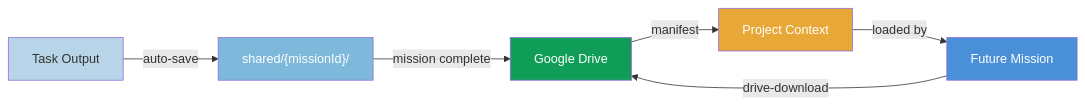
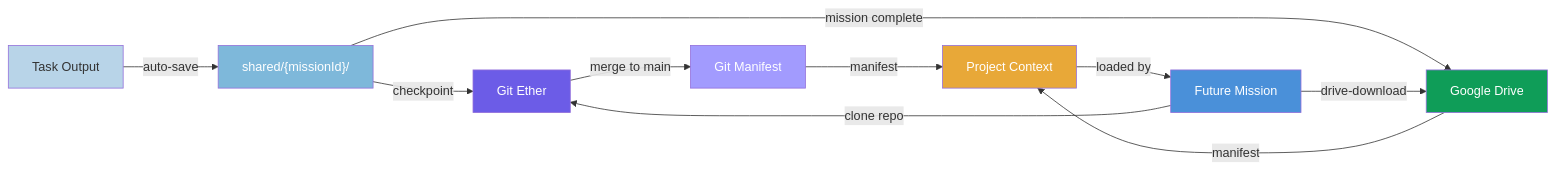
Before and after one commit to Tachin-ai-Corporation/architect-prime-gcp-agent: the fourth of 4 diagrams in docs/CULTURE_OF_WORK.md, drawn with Mermaid. The commit also changed other lines of this file and 53 other files, not shown here.

````diff
--- a/docs/CULTURE_OF_WORK.md
+++ b/docs/CULTURE_OF_WORK.md
@@ -261,14 +262,20 @@
 ```mermaid
 graph LR
     T["Task Output"] -->|auto-save| L["shared/{missionId}/"]
+    L -->|checkpoint| G["Git Ether"]
     L -->|mission complete| D["Google Drive"]
+    G -->|merge to main| M["Git Manifest"]
     D -->|manifest| PC["Project Context"]
+    M -->|manifest| PC
     PC -->|loaded by| FM["Future Mission"]
+    FM -->|clone repo| G
     FM -->|drive-download| D
 
     style T fill:#b8d4e8,color:#333
     style L fill:#7eb8da,color:#fff
+    style G fill:#6c5ce7,color:#fff
+    style M fill:#a29bfe,color:#fff
     style D fill:#0f9d58,color:#fff
     style PC fill:#e8a838,color:#fff
     style FM fill:#4a90d9,color:#fff
 ```
````
